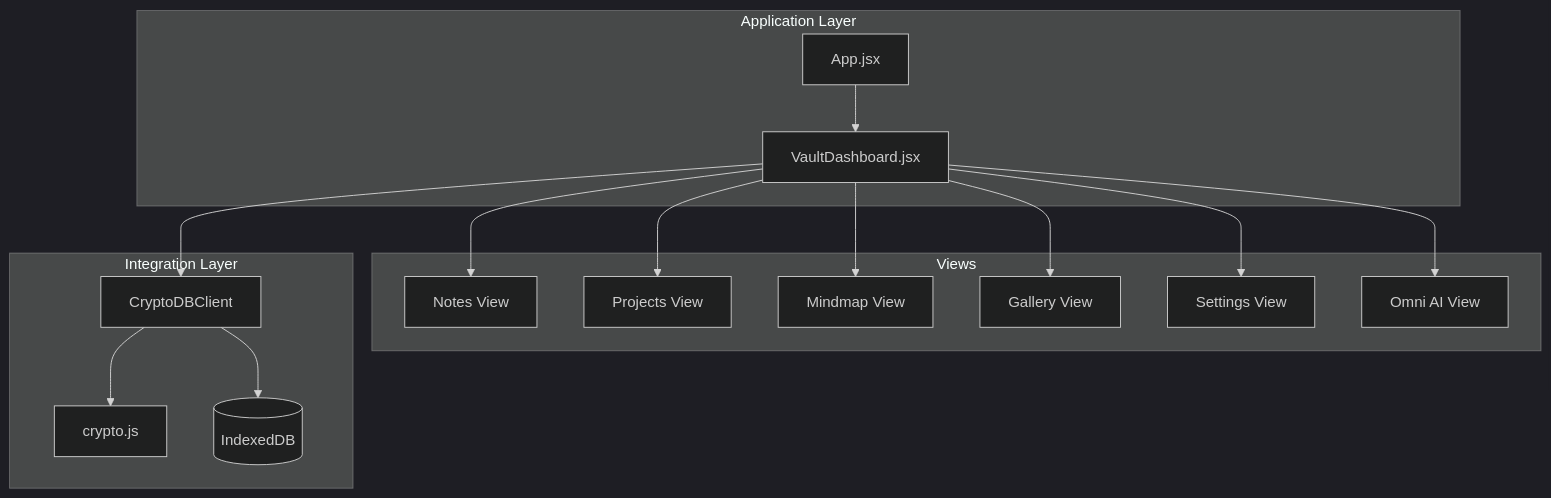
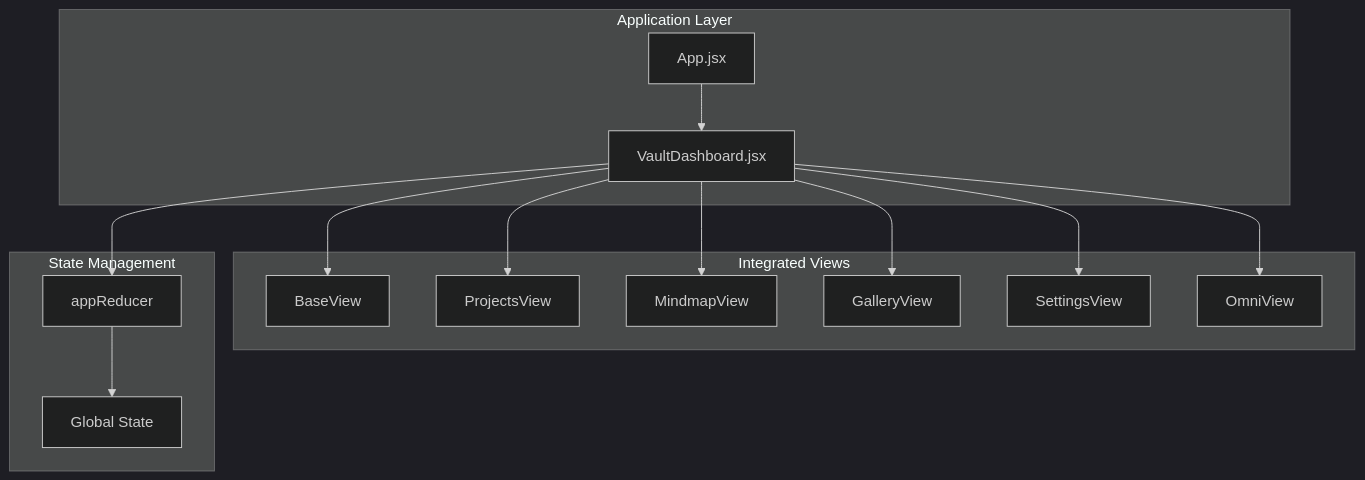
Before and after one commit to andreihicatilooo-droid/OMNI-TODO: the first of 4 diagrams in .qoder/repowiki/en/content/API Reference/Frontend API/VaultDashboard API.md, drawn with Mermaid (dark theme). The commit also changed other lines of this file and 19 other files, not shown here.

First line of the commit message:
docs(vault-dashboard): rewrite documentation and update architecture overview

````diff
--- a/.qoder/repowiki/en/content/API Reference/Frontend API/VaultDashboard API.md
+++ b/.qoder/repowiki/en/content/API Reference/Frontend API/VaultDashboard API.md
@@ -31,30 +39,28 @@
 ```mermaid
 graph TB
 subgraph "Application Layer"
 App[App.jsx]
 Dashboard[VaultDashboard.jsx]
 end
-subgraph "Views"
-Notes[Notes View]
-Projects[Projects View]
-Mindmap[Mindmap View]
-Gallery[Gallery View]
-Settings[Settings View]
-Omni[Omni AI View]
+subgraph "Integrated Views"
+Base[BaseView]
+Projects[ProjectsView]
+Mindmap[MindmapView]
+Gallery[GalleryView]
+Settings[SettingsView]
+Omni[OmniView]
 end
-subgraph "Integration Layer"
-Client[CryptoDBClient]
-Crypto[crypto.js]
-DB[(IndexedDB)]
+subgraph "State Management"
+Reducer[appReducer]
+State[Global State]
 end
 App --> Dashboard
-Dashboard --> Notes
+Dashboard --> Base
 Dashboard --> Projects
 Dashboard --> Mindmap
 Dashboard --> Gallery
 Dashboard --> Settings
 Dashboard --> Omni
-Dashboard --> Client
-Client --> Crypto
-Client --> DB
+Dashboard --> Reducer
+Reducer --> State
 ```
````
